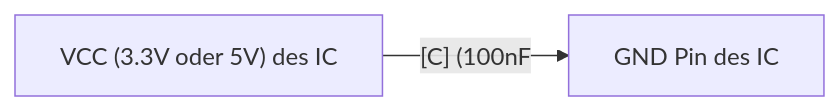
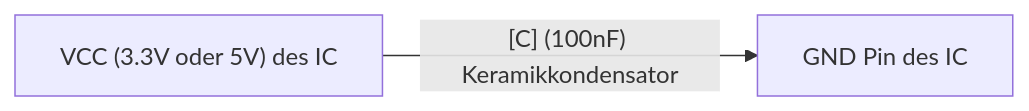
One commit to NoLackOfIdeas/CNCpanel-LinuxCNC-Ethercat-ESP32-ESPnow changed the fourth of 4 diagrams in CNCpanel_additional_hardware.md. Above: the diagram before and after it, drawn with Mermaid.

````diff
--- a/CNCpanel_additional_hardware.md
+++ b/CNCpanel_additional_hardware.md
@@ -67,4 +67,4 @@
 ```mermaid
 graph LR
-A["VCC (3.3V oder 5V) des IC"] -->|" [C] (100nF "| B["GND Pin des IC"]
+A["VCC (3.3V oder 5V) des IC"] -->|" [C] (100nF) Keramikkondensator "| B["GND Pin des IC"]
 ```
````
